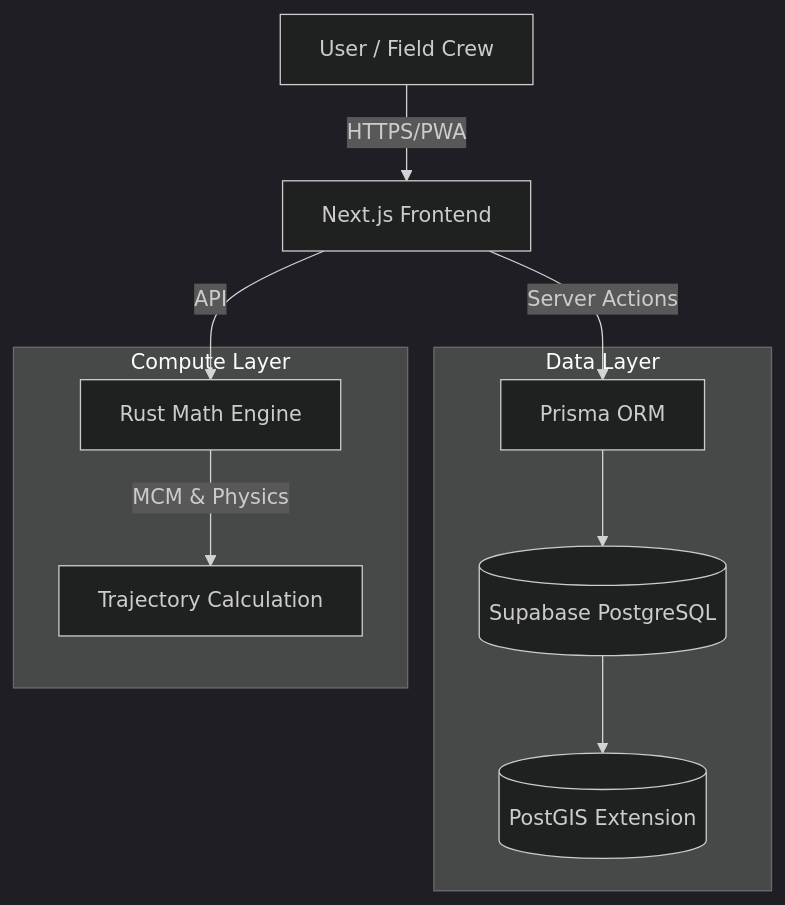
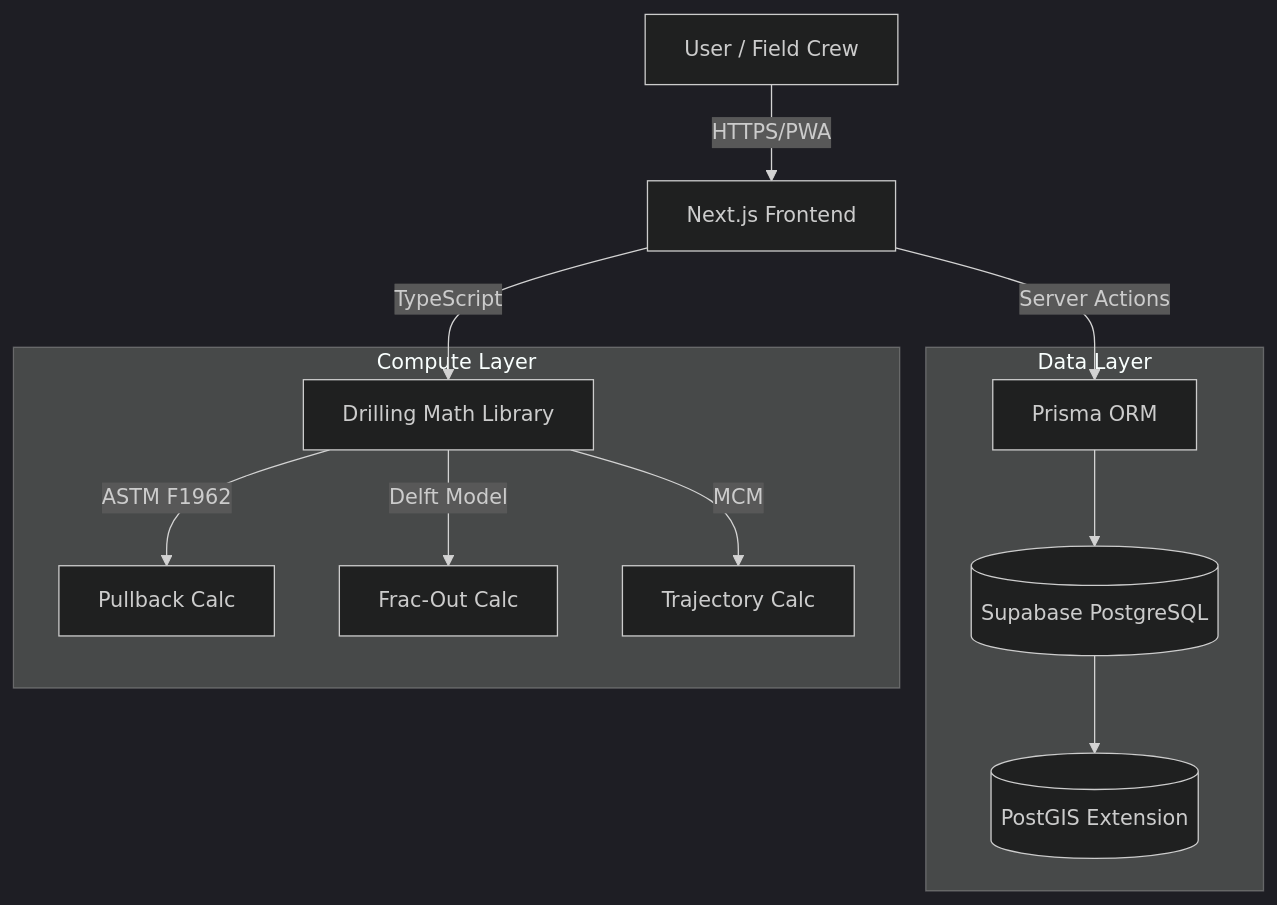
One commit to nice-and-precise/MU changed the first of 2 diagrams in README.md. Above: the diagram before and after it, drawn with Mermaid (dark theme). The commit also changed other lines of this file and 83 other files, not shown here.

````diff
--- a/README.md
+++ b/README.md
@@ -31,15 +27,17 @@
 ```mermaid
 graph TD
     User[User / Field Crew] -->|HTTPS/PWA| NextJS[Next.js Frontend]
     NextJS -->|Server Actions| Prisma[Prisma ORM]
-    NextJS -->|API| RustEngine[Rust Math Engine]
+    NextJS -->|TypeScript| DrillingLib[Drilling Math Library]
     
     subgraph "Data Layer"
         Prisma --> Supabase[(Supabase PostgreSQL)]
         Supabase --> PostGIS[(PostGIS Extension)]
     end
     
     subgraph "Compute Layer"
-        RustEngine -->|MCM & Physics| Calculation[Trajectory Calculation]
+        DrillingLib -->|ASTM F1962| Pullback[Pullback Calc]
+        DrillingLib -->|Delft Model| Hydraulics[Frac-Out Calc]
+        DrillingLib -->|MCM| Trajectory[Trajectory Calc]
     end
 ```
````
